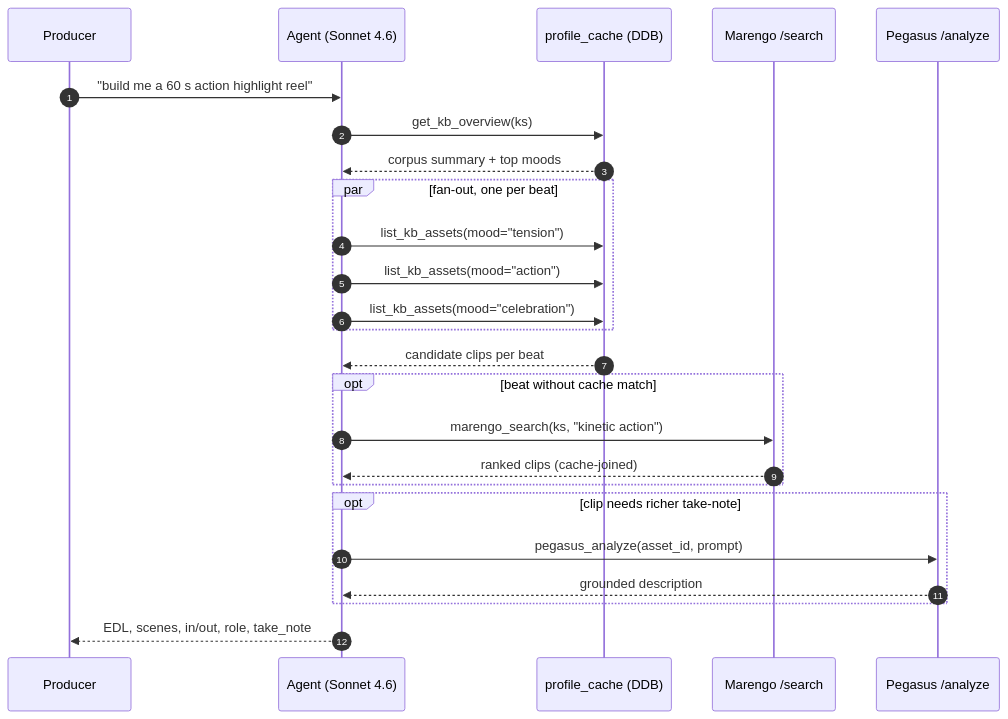
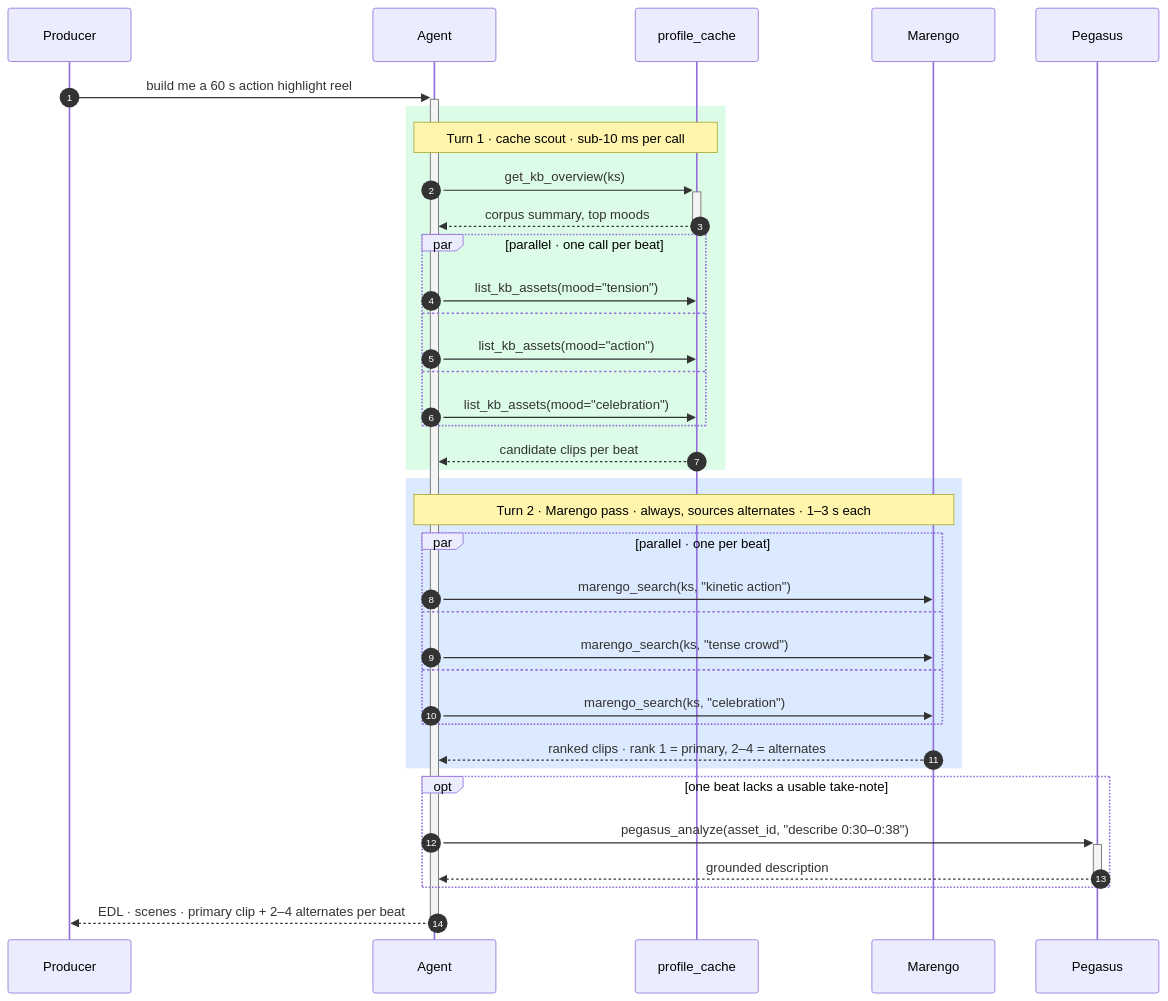
Before and after one commit to twelvelabs-io/tl-agentcore: the second of 3 diagrams in docs/whitepaper.md, drawn with Mermaid.

First paragraph of the commit message:
Whitepaper 3.2 sequence diagram: phase-highlighted, alternates-aware redesign
The old diagram was correct for an earlier 'Marengo-on-cache-miss-only'
architecture and read flat. Updated to reflect the current design and
read more cleanly:

````diff
--- a/docs/whitepaper.md
+++ b/docs/whitepaper.md
@@ -100,28 +100,44 @@
 ```mermaid
 sequenceDiagram
     autonumber
     participant U as Producer
-    participant A as Agent (Sonnet 4.6)
-    participant C as profile_cache (DDB)
-    participant M as Marengo /search
-    participant P as Pegasus /analyze
+    participant A as Agent
+    participant C as profile_cache
+    participant M as Marengo
+    participant P as Pegasus
 
-    U->>A: "build me a 60 s action highlight reel"
-    A->>C: get_kb_overview(ks)
-    C-->>A: corpus summary + top moods
-    par fan-out, one per beat
-        A->>C: list_kb_assets(mood="tension")
-        A->>C: list_kb_assets(mood="action")
-        A->>C: list_kb_assets(mood="celebration")
+    U->>+A: build me a 60 s action highlight reel
+
+    rect rgb(220, 252, 231)
+        Note over A,C: Turn 1 · cache scout · sub-10 ms per call
+        A->>+C: get_kb_overview(ks)
+        C-->>-A: corpus summary, top moods
+        par parallel · one call per beat
+            A->>C: list_kb_assets(mood="tension")
+        and
+            A->>C: list_kb_assets(mood="action")
+        and
+            A->>C: list_kb_assets(mood="celebration")
+        end
+        C-->>A: candidate clips per beat
     end
-    C-->>A: candidate clips per beat
-    opt beat without cache match
-        A->>M: marengo_search(ks, "kinetic action")
-        M-->>A: ranked clips (cache-joined)
+
+    rect rgb(219, 234, 254)
+        Note over A,M: Turn 2 · Marengo pass · always, sources alternates · 1–3 s each
+        par parallel · one per beat
+            A->>M: marengo_search(ks, "kinetic action")
+        and
+            A->>M: marengo_search(ks, "tense crowd")
+        and
+            A->>M: marengo_search(ks, "celebration")
+        end
+        M-->>A: ranked clips · rank 1 = primary, 2–4 = alternates
     end
-    opt clip needs richer take-note
-        A->>P: pegasus_analyze(asset_id, prompt)
-        P-->>A: grounded description
+
+    opt one beat lacks a usable take-note
+        A->>+P: pegasus_analyze(asset_id, "describe 0:30–0:38")
+        P-->>-A: grounded description
     end
-    A-->>U: EDL, scenes, in/out, role, take_note
+
+    A-->>-U: EDL · scenes · primary clip + 2–4 alternates per beat
 ```
````
